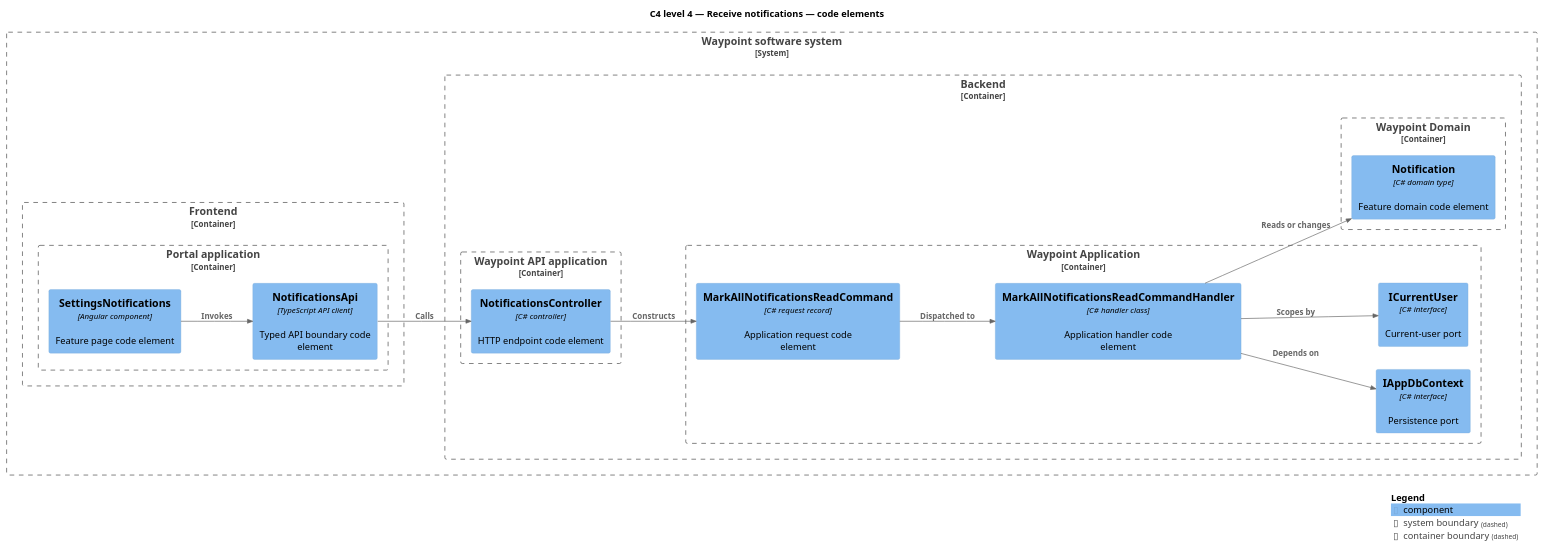
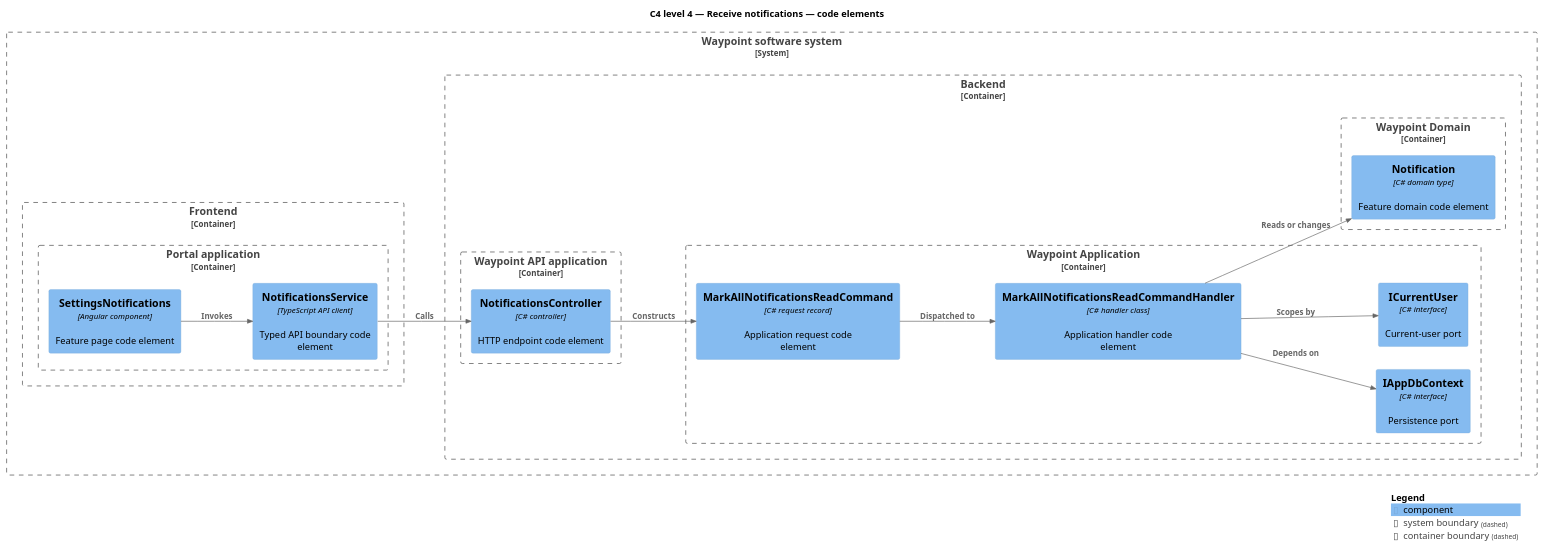
One commit to QuinntyneBrown/waypoint changed the diagram in docs/detailed-designs/engagement/receive-notifications/diagrams/c4-code.puml. Above: the diagram before and after it, drawn with PlantUML. The commit also changed 679 other files, not shown here.

First line of the commit message:
Rename frontend API services from *Api to *Service

```diff
--- a/docs/detailed-designs/engagement/receive-notifications/diagrams/c4-code.puml
+++ b/docs/detailed-designs/engagement/receive-notifications/diagrams/c4-code.puml
@@ -1,35 +1,35 @@
 @startuml
 !include <C4/C4_Component>
 LAYOUT_LEFT_RIGHT()
 title C4 level 4 — Receive notifications — code elements
 System_Boundary(waypoint, "Waypoint software system") {
   Container_Boundary(frontend, "Frontend") {
     Container_Boundary(frontend_app, "Portal application") {
       Component(page, "SettingsNotifications", "Angular component", "Feature page code element")
-      Component(client, "NotificationsApi", "TypeScript API client", "Typed API boundary code element")
+      Component(client, "NotificationsService", "TypeScript API client", "Typed API boundary code element")
     }
   }
   Container_Boundary(backend, "Backend") {
     Container_Boundary(api_app, "Waypoint API application") {
       Component(controller, "NotificationsController", "C# controller", "HTTP endpoint code element")
     }
     Container_Boundary(application, "Waypoint Application") {
       Component(request, "MarkAllNotificationsReadCommand", "C# request record", "Application request code element")
       Component(handler, "MarkAllNotificationsReadCommandHandler", "C# handler class", "Application handler code element")
       Component(dbport, "IAppDbContext", "C# interface", "Persistence port")
       Component(current, "ICurrentUser", "C# interface", "Current-user port")
     }
     Container_Boundary(domain, "Waypoint Domain") {
       Component(entity, "Notification", "C# domain type", "Feature domain code element")
     }
   }
 }
 Rel(page, client, "Invokes")
 Rel(client, controller, "Calls")
 Rel(controller, request, "Constructs")
 Rel(request, handler, "Dispatched to")
 Rel(handler, dbport, "Depends on")
 Rel(handler, current, "Scopes by")
 Rel(handler, entity, "Reads or changes")
 SHOW_LEGEND()
 @enduml
```
